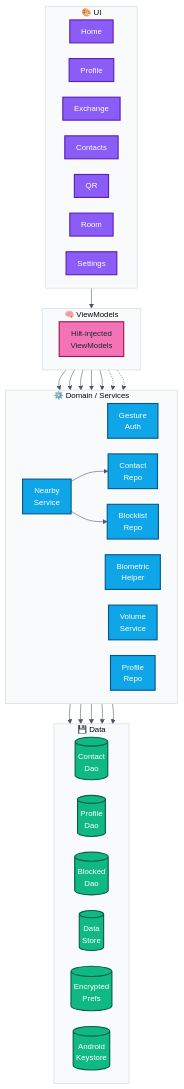
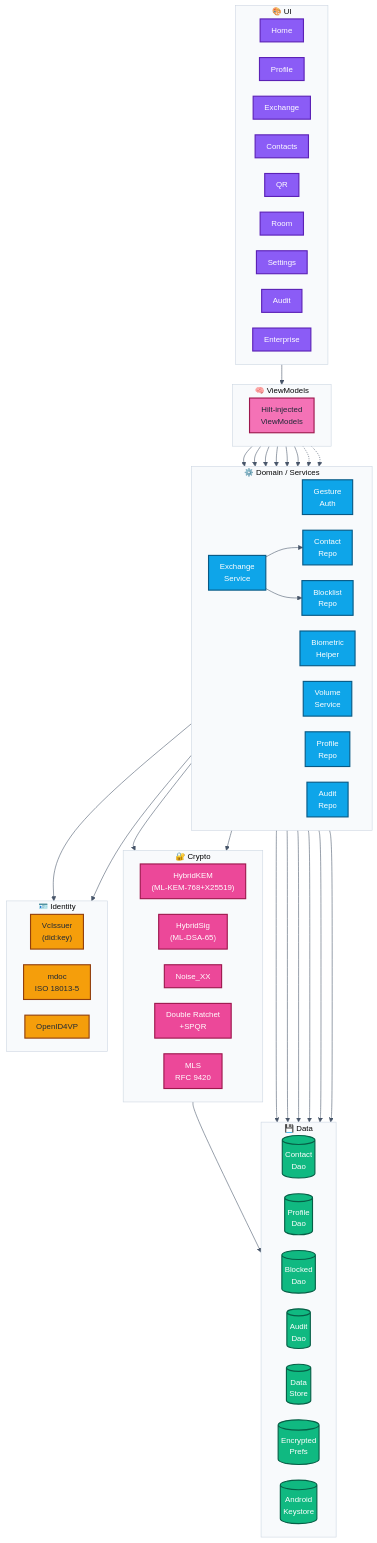
The second of 2 diagrams in README.md (showerideas/Aura), drawn with Mermaid before and after one commit. The commit also changed other lines of this file and 194 other files, not shown here.

Commit message:
fix: v4.0.0 production audit — dead code elimination, HybridKemEngine wiring, deeplink routing fix, relay pin expiry correction, version alignment, stale migration removed, README/ROADMAP/SECURITY/ARCHITECTURE/WIRE_PROTOCOL accuracy rewrite

````diff
--- a/README.md
+++ b/README.md
@@ -149,6 +159,8 @@
         QF["QR"]:::ui
         RF["Room"]:::ui
         SF["Settings"]:::ui
+        AUF["Audit"]:::ui
+        ENT["Enterprise"]:::ui
     end
     subgraph VM["🧠&nbsp;ViewModels"]
         direction LR
@@ -159,32 +171,53 @@
         GA["Gesture<br/>Auth"]:::service
         BA["Biometric<br/>Helper"]:::service
         VB["Volume<br/>Service"]:::service
-        NX["Nearby<br/>Service"]:::service
+        NX["Exchange<br/>Service"]:::service
         CR["Contact<br/>Repo"]:::service
         PR["Profile<br/>Repo"]:::service
         BR["Blocklist<br/>Repo"]:::service
+        AR["Audit<br/>Repo"]:::service
+    end
+    subgraph CRY["🔐&nbsp;Crypto"]
+        direction LR
+        KEM["HybridKEM<br/>(ML-KEM-768+X25519)"]:::crypto
+        SIG["HybridSig<br/>(ML-DSA-65)"]:::crypto
+        NSE["Noise_XX"]:::crypto
+        DR["Double Ratchet<br/>+SPQR"]:::crypto
+        MLS["MLS<br/>RFC 9420"]:::crypto
+    end
+    subgraph IDL["🪪&nbsp;Identity"]
+        direction LR
+        VC["VcIssuer<br/>(did:key)"]:::id
+        MDOC["mdoc<br/>ISO 18013-5"]:::id
+        VP["OpenID4VP"]:::id
     end
     subgraph DAT["💾&nbsp;Data"]
         direction LR
         CD[("Contact<br/>Dao")]:::data
         PD[("Profile<br/>Dao")]:::data
         BD[("Blocked<br/>Dao")]:::data
+        AuD[("Audit<br/>Dao")]:::data
         DS[("Data<br/>Store")]:::data
         ESP[("Encrypted<br/>Prefs")]:::data
         KS[("Android<br/>Keystore")]:::data
     end
 
     UI --> VM
-    VM --> GA & BA & CR & PR & BR
+    VM --> GA & BA & CR & PR & BR & AR
     VM -.-> NX & VB
     GA --> ESP
-    NX --> KS & CR & BR
+    NX --> KEM & NSE & KS & CR & BR
+    NX --> VC & MDOC
+    SIG --> KS
     CR --> CD
     PR --> PD
     BR --> BD
+    AR --> AuD
 
     classDef ui fill:#8B5CF6,color:#FFFFFF,stroke:#5B21B6,stroke-width:2px
     classDef vm fill:#F472B6,color:#1F2937,stroke:#9D174D,stroke-width:2px
     classDef service fill:#0EA5E9,color:#FFFFFF,stroke:#075985,stroke-width:2px
+    classDef crypto fill:#EC4899,color:#FFFFFF,stroke:#9D174D,stroke-width:2px
+    classDef id fill:#F59E0B,color:#1F2937,stroke:#92400E,stroke-width:2px
     classDef data fill:#10B981,color:#FFFFFF,stroke:#065F46,stroke-width:2px
 ```
````
